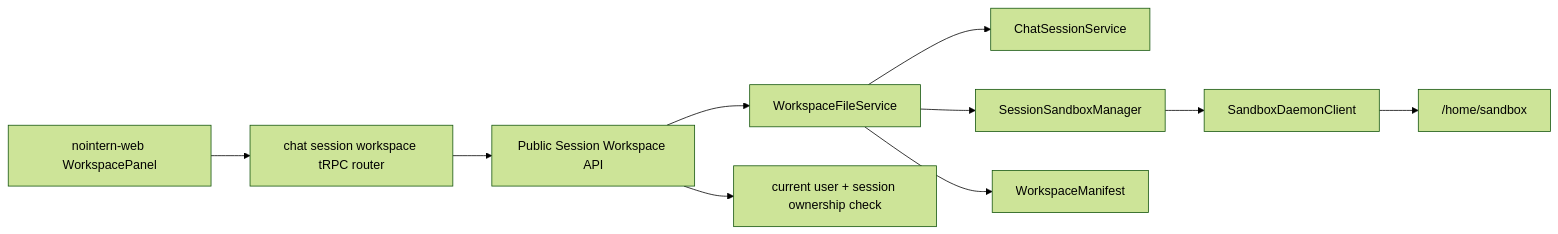
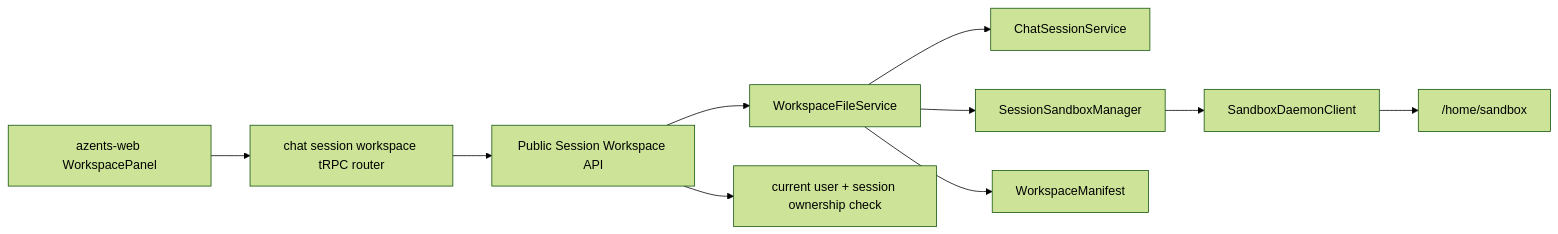
One commit to azents/azents changed the first of 3 diagrams in docs/azents/design/browser-260501-browser-api.md. Above: the diagram before and after it, drawn with Mermaid (forest theme). The commit also changed other lines of this file and 245 other files, not shown here.

````diff
--- a/docs/azents/design/browser-260501-browser-api.md
+++ b/docs/azents/design/browser-260501-browser-api.md
@@ -140,13 +140,13 @@
 ```mermaid
 flowchart LR
-    Browser["nointern-web WorkspacePanel"] --> TRPC["chat session workspace tRPC router"]
+    Browser["azents-web WorkspacePanel"] --> TRPC["chat session workspace tRPC router"]
     TRPC --> PublicAPI["Public Session Workspace API"]
     PublicAPI --> WorkspaceService["WorkspaceFileService"]
     WorkspaceService --> SessionService["ChatSessionService"]
     WorkspaceService --> SandboxManager["SessionSandboxManager"]
     SandboxManager --> SandboxDaemon["SandboxDaemonClient"]
     SandboxDaemon --> SandboxFS["/home/sandbox"]
 
     PublicAPI --> Auth["current user + session ownership check"]
     WorkspaceService --> Manifest["WorkspaceManifest"]
 ```
````
